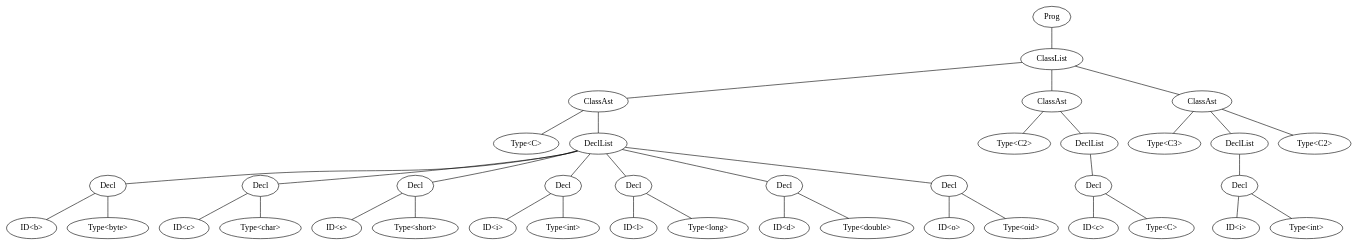
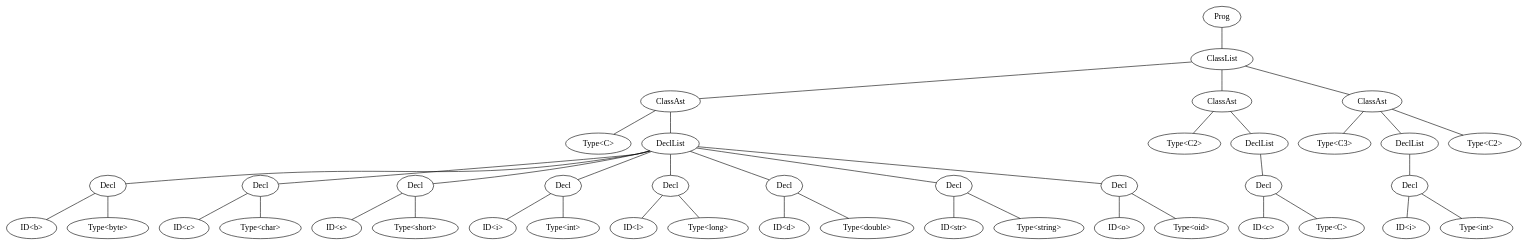
One commit to Patrick448/Hackathon-Rerum changed the diagram in ast.dot. Above: the diagram before and after it, drawn with Graphviz. The commit also changed 19 other files, not shown here.

```diff
--- a/ast.dot
+++ b/ast.dot
@@ -1,79 +1,85 @@
 graph program {
-39 [label=Prog]
-39--24
-24 [label=ClassList]
-24--23
-23 [label= "ClassAst"]
-23--22
-22 [label="Type<C>"]
-23--3
+42 [label=Prog]
+42--27
+27 [label=ClassList]
+27--26
+26 [label= "ClassAst"]
+26--25
+25 [label="Type<C>"]
+26--3
 3 [label=DeclList]
 3--2
 2 [label="Decl"]
 2--1
 1 [label="ID<b>"]
 2--0
 0 [label="Type<byte>"]
 3--6
 6 [label="Decl"]
 6--5
 5 [label="ID<c>"]
 6--4
 4 [label="Type<char>"]
 3--9
 9 [label="Decl"]
 9--8
 8 [label="ID<s>"]
 9--7
 7 [label="Type<short>"]
 3--12
 12 [label="Decl"]
 12--11
 11 [label="ID<i>"]
 12--10
 10 [label="Type<int>"]
 3--15
 15 [label="Decl"]
 15--14
 14 [label="ID<l>"]
 15--13
 13 [label="Type<long>"]
 3--18
 18 [label="Decl"]
 18--17
 17 [label="ID<d>"]
 18--16
 16 [label="Type<double>"]
 3--21
 21 [label="Decl"]
 21--20
-20 [label="ID<o>"]
+20 [label="ID<str>"]
 21--19
-19 [label="Type<oid>"]
-24--31
-31 [label= "ClassAst"]
+19 [label="Type<string>"]
+3--24
+24 [label="Decl"]
+24--23
+23 [label="ID<o>"]
+24--22
+22 [label="Type<oid>"]
+27--34
+34 [label= "ClassAst"]
+34--33
+33 [label="Type<C2>"]
+34--32
+32 [label=DeclList]
+32--31
+31 [label="Decl"]
 31--30
-30 [label="Type<C2>"]
+30 [label="ID<c>"]
 31--29
-29 [label=DeclList]
-29--28
-28 [label="Decl"]
-28--27
-27 [label="ID<c>"]
-28--26
-26 [label="Type<C>"]
-24--38
-38 [label= "ClassAst"]
-38--36
-36 [label="Type<C3>"]
-38--35
-35 [label=DeclList]
-35--34
-34 [label="Decl"]
-34--33
-33 [label="ID<i>"]
-34--32
-32 [label="Type<int>"]
+29 [label="Type<C>"]
+27--41
+41 [label= "ClassAst"]
+41--39
+39 [label="Type<C3>"]
+41--38
+38 [label=DeclList]
 38--37
-37 [label="Type<C2>"]
+37 [label="Decl"]
+37--36
+36 [label="ID<i>"]
+37--35
+35 [label="Type<int>"]
+41--40
+40 [label="Type<C2>"]
 }
```
